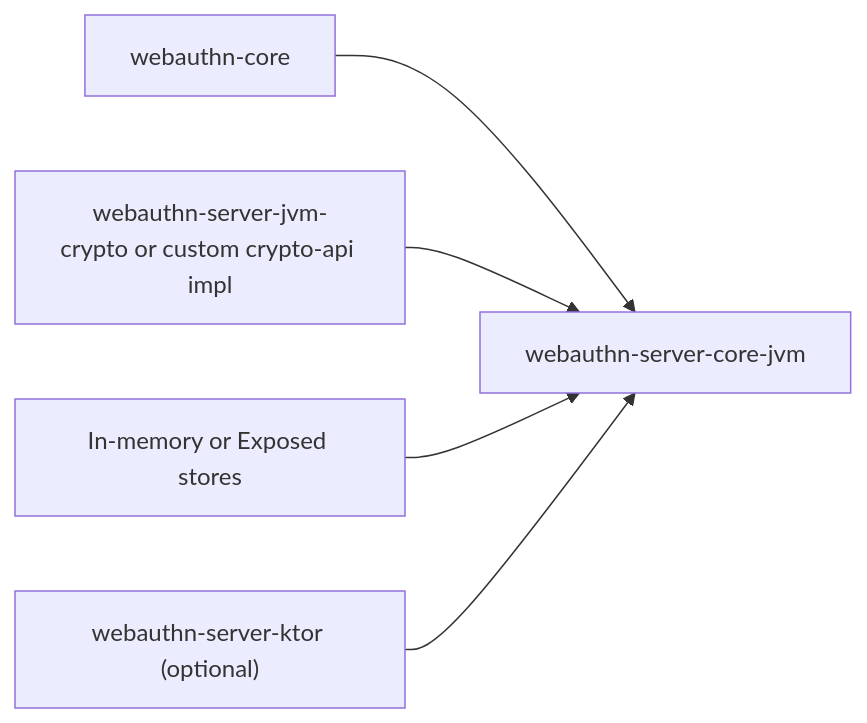
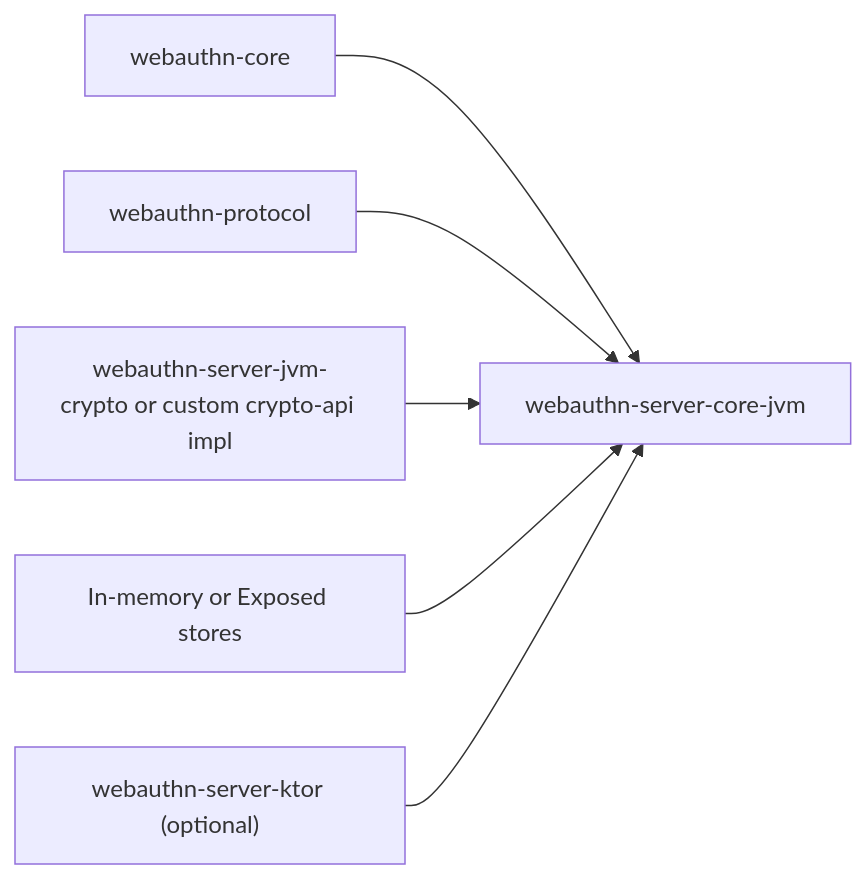
The diagram in server/webauthn-server-core-jvm/README.md (szijpeter/webauthn-kotlin-multiplatform), drawn with Mermaid before and after one commit. The commit also changed other lines of this file and 14 other files, not shown here.

````diff
--- a/server/webauthn-server-core-jvm/README.md
+++ b/server/webauthn-server-core-jvm/README.md
@@ -69,7 +69,8 @@
 ```mermaid
 flowchart LR
     CORE["webauthn-core"] --> SVC["webauthn-server-core-jvm"]
+    PROTOCOL["webauthn-protocol"] --> SVC
     CRYPTO["webauthn-server-jvm-crypto or custom crypto-api impl"] --> SVC
     STORE["In-memory or Exposed stores"] --> SVC
     KTOR["webauthn-server-ktor (optional)"] --> SVC
 ```
````
